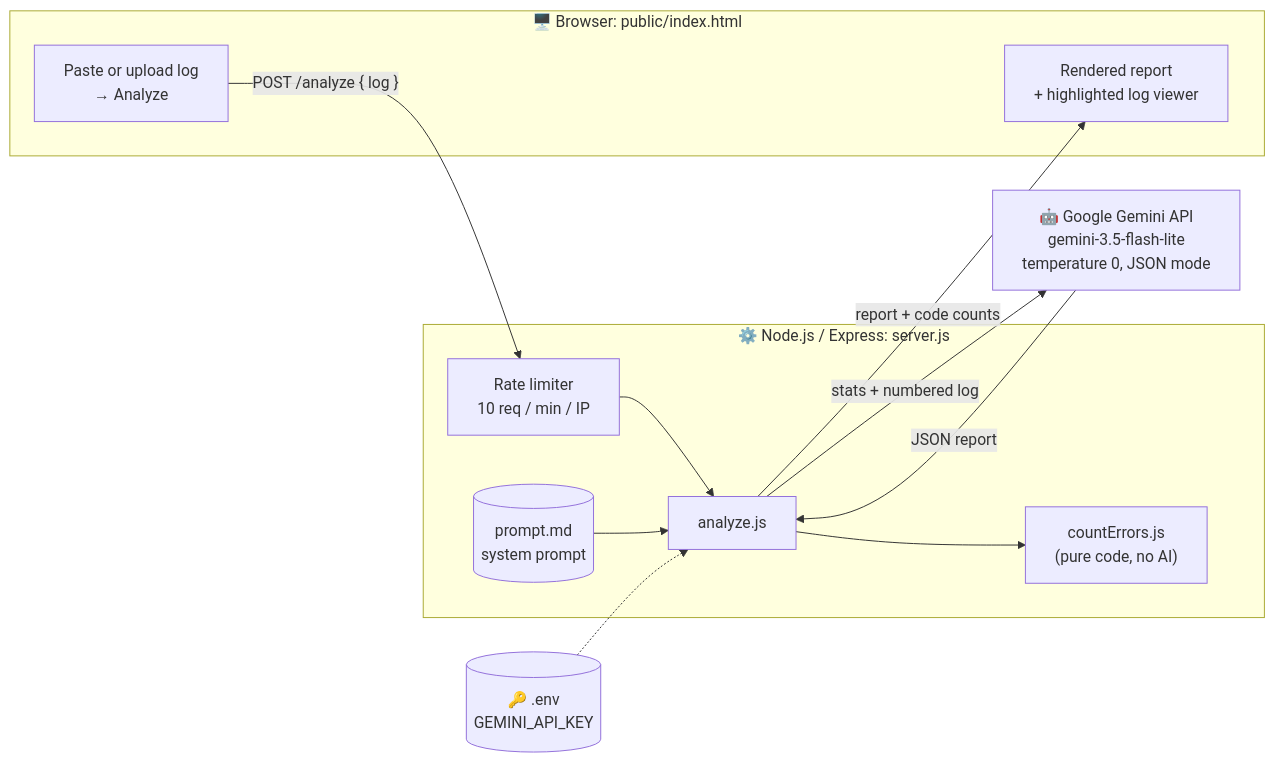
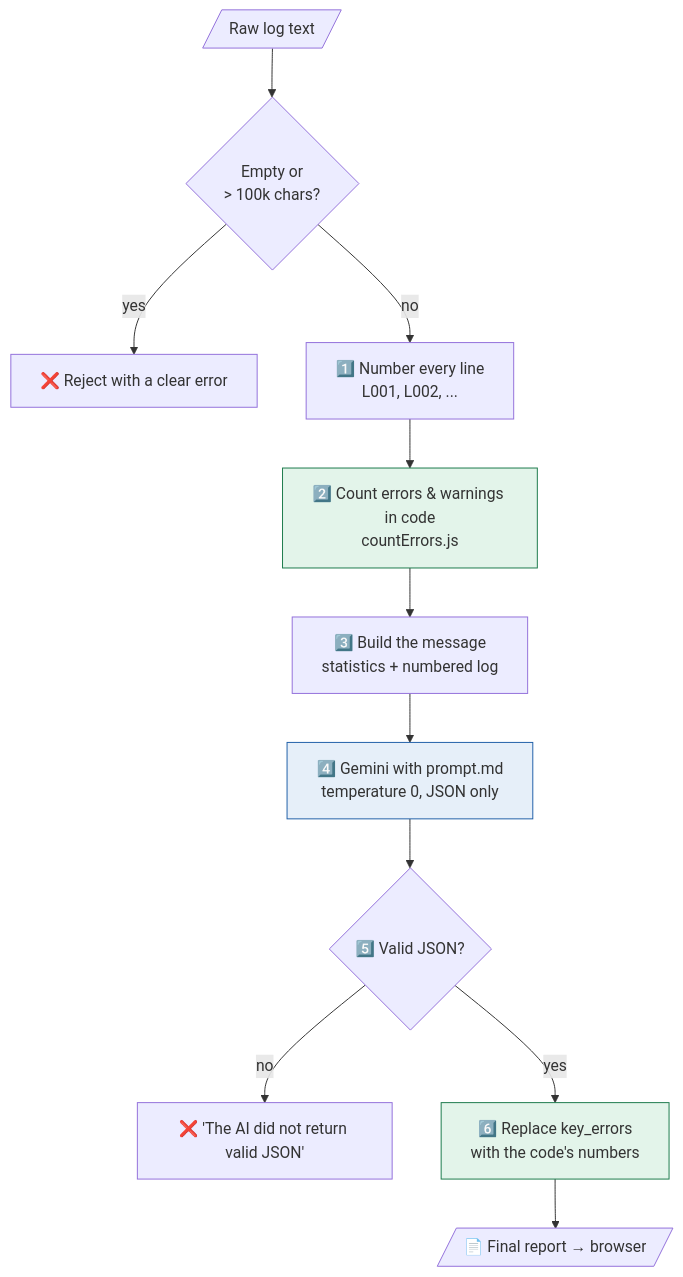
Before and after one commit to nitishyadav108/incident-analyzer: the first of 3 diagrams in README.md, drawn with Mermaid. The commit also changed other lines of this file, not shown here.

````diff
--- a/README.md
+++ b/README.md
@@ -46,25 +13,17 @@
 ```mermaid
-flowchart LR
-    subgraph Browser["🖥️ Browser: public/index.html"]
-        UI["Paste or upload log<br/>→ Analyze"]
-        R["Rendered report<br/>+ highlighted log viewer"]
-    end
+flowchart TD
+    IN[/"Raw log text"/] --> V{"Empty or<br/>> 100k chars?"}
+    V -- yes --> ERR["❌ Reject with a clear error"]
+    V -- no --> N["1️⃣ Number every line<br/>L001, L002, ..."]
+    N --> C["2️⃣ Count errors & warnings in code<br/>countErrors.js"]
+    C --> M["3️⃣ Build the message<br/>statistics + numbered log"]
+    M --> LLM["4️⃣ Gemini with prompt.md<br/>temperature 0, JSON only"]
+    LLM --> J{"5️⃣ Valid JSON?"}
+    J -- no --> ERR2["❌ 'The AI did not return valid JSON'"]
+    J -- yes --> O["6️⃣ Replace key_errors<br/>with the code's numbers"]
+    O --> OUT[/"📄 Final report → browser"/]
 
-    subgraph Server["⚙️ Node.js / Express: server.js"]
-        RL["Rate limiter<br/>10 req / min / IP"]
-        AN["analyze.js"]
-        CE["countErrors.js<br/>(pure code, no AI)"]
-        P[("prompt.md<br/>system prompt")]
-    end
-
-    G["🤖 Google Gemini API<br/>gemini-3.5-flash-lite<br/>temperature 0, JSON mode"]
-    K[("🔑 .env<br/>GEMINI_API_KEY")]
-
-    UI -- "POST /analyze { log }" --> RL --> AN
-    AN --> CE
-    P --> AN
-    K -.-> AN
-    AN -- "stats + numbered log" --> G
-    G -- "JSON report" --> AN
-    AN -- "report + code counts" --> R
+    style C fill:#E3F4EA,stroke:#1B7A4B
+    style O fill:#E3F4EA,stroke:#1B7A4B
+    style LLM fill:#E6EFF9,stroke:#1F5FA8
 ```
````
